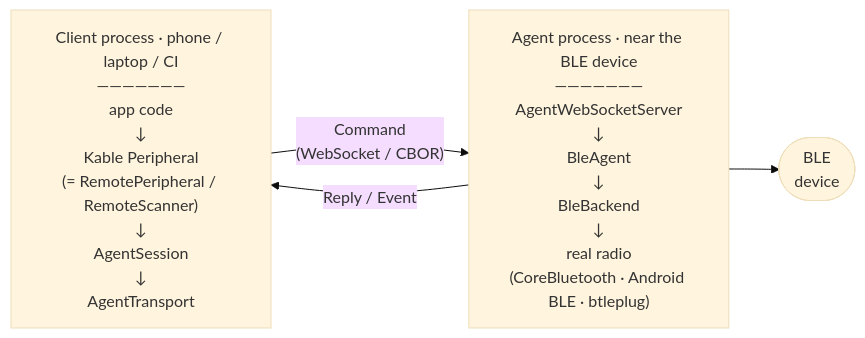
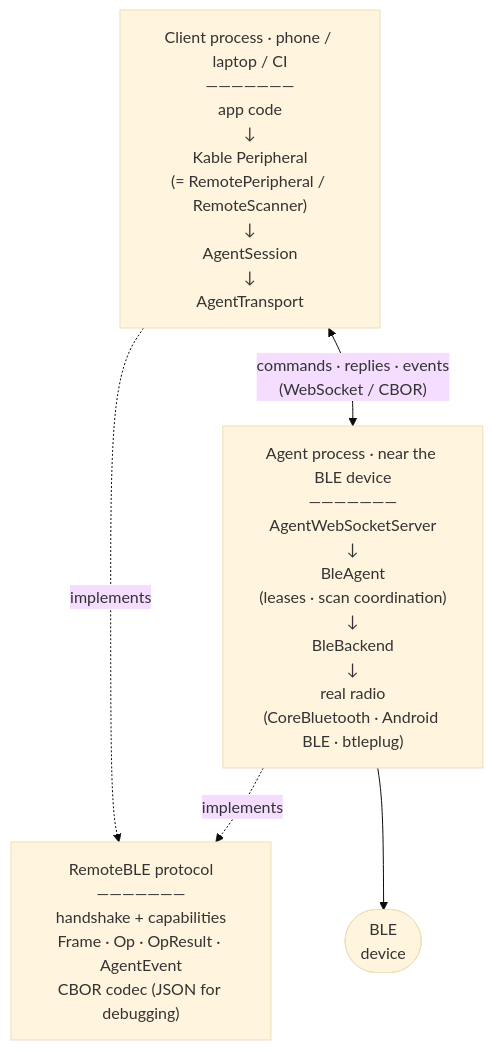
Before and after one commit to Yahia-Mohammad/remote-ble: the diagram in README.md, drawn with Mermaid (base theme). The commit also changed other lines of this file and 2 other files, not shown here.

First line of the commit message:
docs: recenter the system on protocol over SDK

````diff
--- a/README.md
+++ b/README.md
@@ -81,9 +106,11 @@
 ```mermaid
-flowchart LR
+flowchart TB
+    Protocol["RemoteBLE protocol<br/>———————<br/>handshake + capabilities<br/>Frame · Op · OpResult · AgentEvent<br/>CBOR codec (JSON for debugging)"]
     Client["Client process · phone / laptop / CI<br/>———————<br/>app code<br/>↓<br/>Kable Peripheral<br/>(= RemotePeripheral / RemoteScanner)<br/>↓<br/>AgentSession<br/>↓<br/>AgentTransport"]
-    Agent["Agent process · near the BLE device<br/>———————<br/>AgentWebSocketServer<br/>↓<br/>BleAgent<br/>↓<br/>BleBackend<br/>↓<br/>real radio<br/>(CoreBluetooth · Android BLE · btleplug)"]
+    Agent["Agent process · near the BLE device<br/>———————<br/>AgentWebSocketServer<br/>↓<br/>BleAgent<br/>(leases · scan coordination)<br/>↓<br/>BleBackend<br/>↓<br/>real radio<br/>(CoreBluetooth · Android BLE · btleplug)"]
     Dev(["BLE<br/>device"])
-    Client -->|"Command<br/>(WebSocket / CBOR)"| Agent
-    Agent -->|"Reply / Event"| Client
+    Client -.->|"implements"| Protocol
+    Agent -.->|"implements"| Protocol
+    Client <-->|"commands · replies · events<br/>(WebSocket / CBOR)"| Agent
     Agent --> Dev
 ```
````
